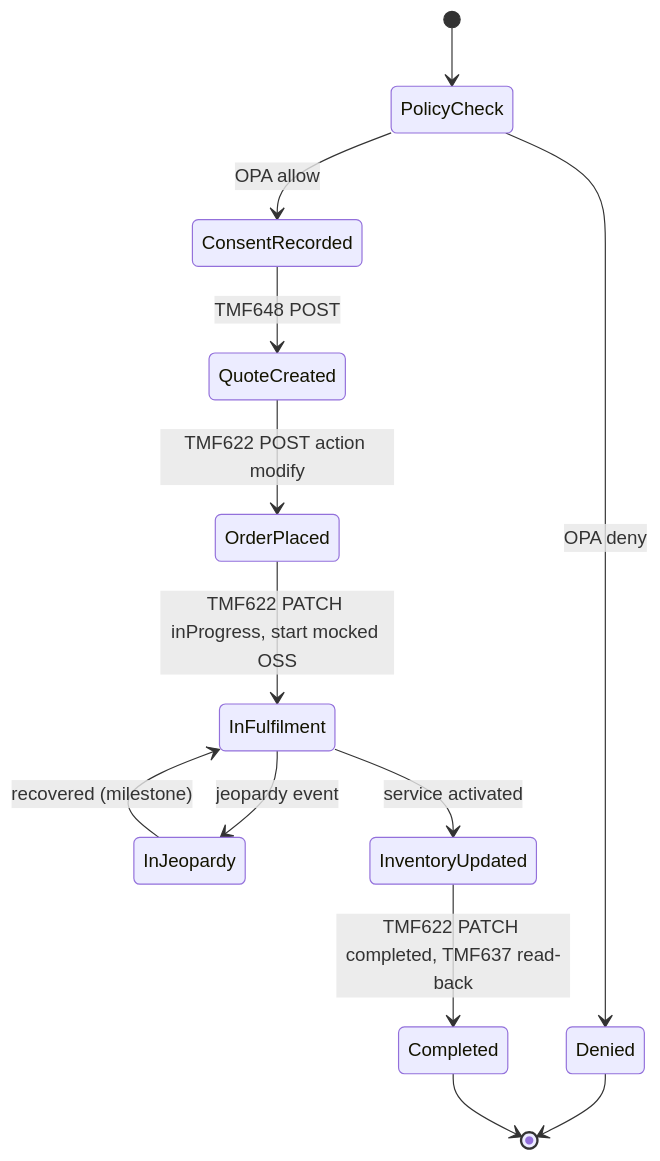
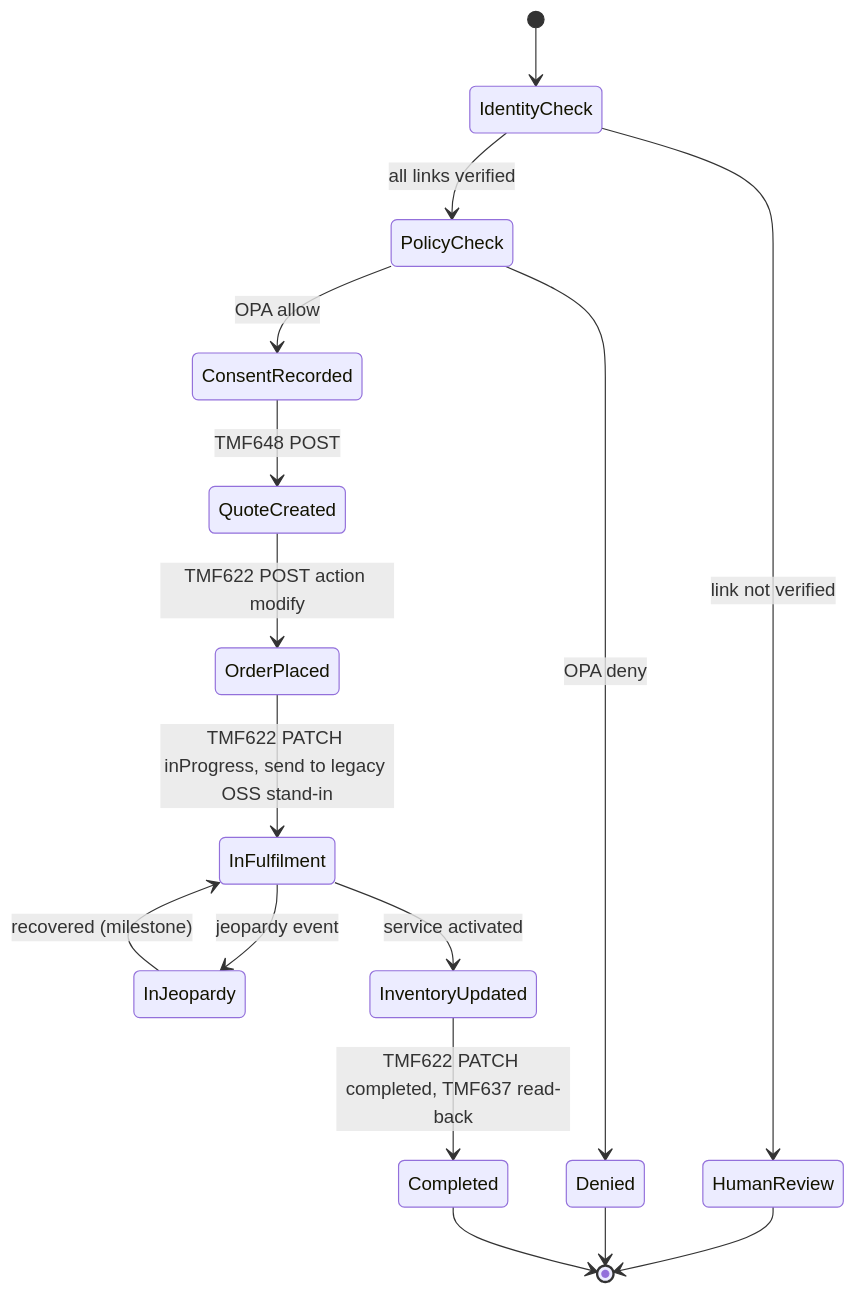
One commit to lalit4241/agentic-telco changed the third of 3 diagrams in docs/mvp/layer-walkthrough.md. Above: the diagram before and after it, drawn with Mermaid. The commit also changed other lines of this file and 1 other file, not shown here.

Commit message:
Docs: walkthrough set in fictional UK Telco legacy estate; legacy stand-ins, L3 identity cross-reference, real hidden-rule example, CTO legacy question, migration path

````diff
--- a/docs/mvp/layer-walkthrough.md
+++ b/docs/mvp/layer-walkthrough.md
@@ -405,15 +441,18 @@
 ```mermaid
 stateDiagram-v2
-  [*] --> PolicyCheck
+  [*] --> IdentityCheck
+  IdentityCheck --> HumanReview: link not verified
+  IdentityCheck --> PolicyCheck: all links verified
+  HumanReview --> [*]
   PolicyCheck --> Denied: OPA deny
   PolicyCheck --> ConsentRecorded: OPA allow
   ConsentRecorded --> QuoteCreated: TMF648 POST
   QuoteCreated --> OrderPlaced: TMF622 POST action modify
-  OrderPlaced --> InFulfilment: TMF622 PATCH inProgress, start mocked OSS
+  OrderPlaced --> InFulfilment: TMF622 PATCH inProgress, send to legacy OSS stand-in
   InFulfilment --> InJeopardy: jeopardy event
   InJeopardy --> InFulfilment: recovered (milestone)
   InFulfilment --> InventoryUpdated: service activated
   InventoryUpdated --> Completed: TMF622 PATCH completed, TMF637 read-back
   Denied --> [*]
   Completed --> [*]
 ```
````
